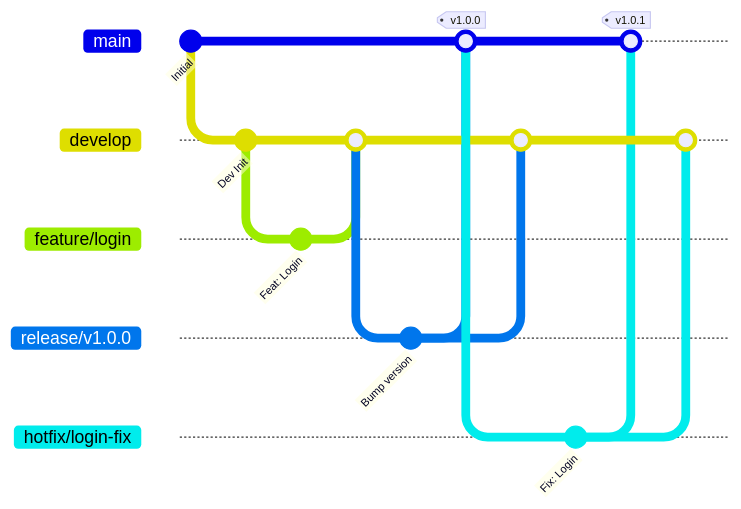
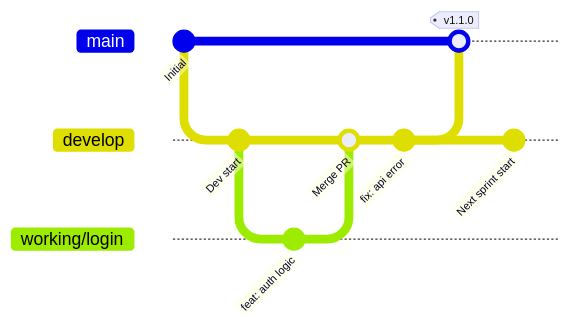
The diagram in .agent/rules/git-rules.md (tourbut/Alpha-Sam), drawn with Mermaid before and after one commit. The commit also changed other lines of this file, not shown here.

Commit message:
docs: update git workflow and convention guide

````diff
--- a/.agent/rules/git-rules.md
+++ b/.agent/rules/git-rules.md
@@ -128,33 +64,22 @@
 ```mermaid
 gitGraph
     commit id: "Initial"
     branch develop
     checkout develop
-    commit id: "Dev Init"
+    commit id: "Dev start"
+    
+    branch working/login
+    checkout working/login
+    commit id: "feat: auth logic"
+    checkout develop
+    merge working/login id: "Merge PR"
+    
+    commit id: "fix: api error"
+    
+    checkout main
+    merge develop tag: "v1.1.0"
+    
+    checkout develop
+    commit id: "Next sprint start"
 
-    %% Feature Workflow
-    branch feature/login
-    checkout feature/login
-    commit id: "Feat: Login"
-    checkout develop
-    merge feature/login
-
-    %% Release Workflow
-    branch release/v1.0.0
-    checkout release/v1.0.0
-    commit id: "Bump version"
-    checkout main
-    merge release/v1.0.0 tag: "v1.0.0"
-    checkout develop
-    merge release/v1.0.0
-
-    %% Hotfix Workflow
-    checkout main
-    branch hotfix/login-fix
-    checkout hotfix/login-fix
-    commit id: "Fix: Login"
-    checkout main
-    merge hotfix/login-fix tag: "v1.0.1"
-    checkout develop
-    merge hotfix/login-fix
 ```
````
